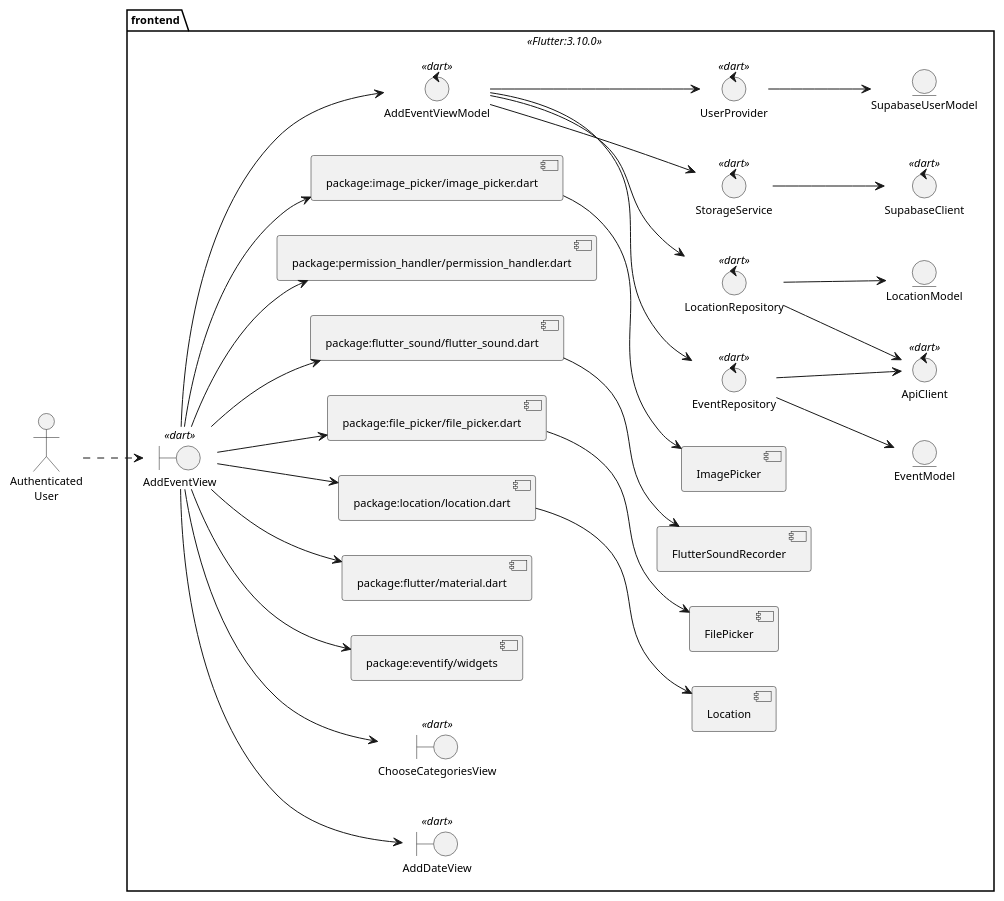
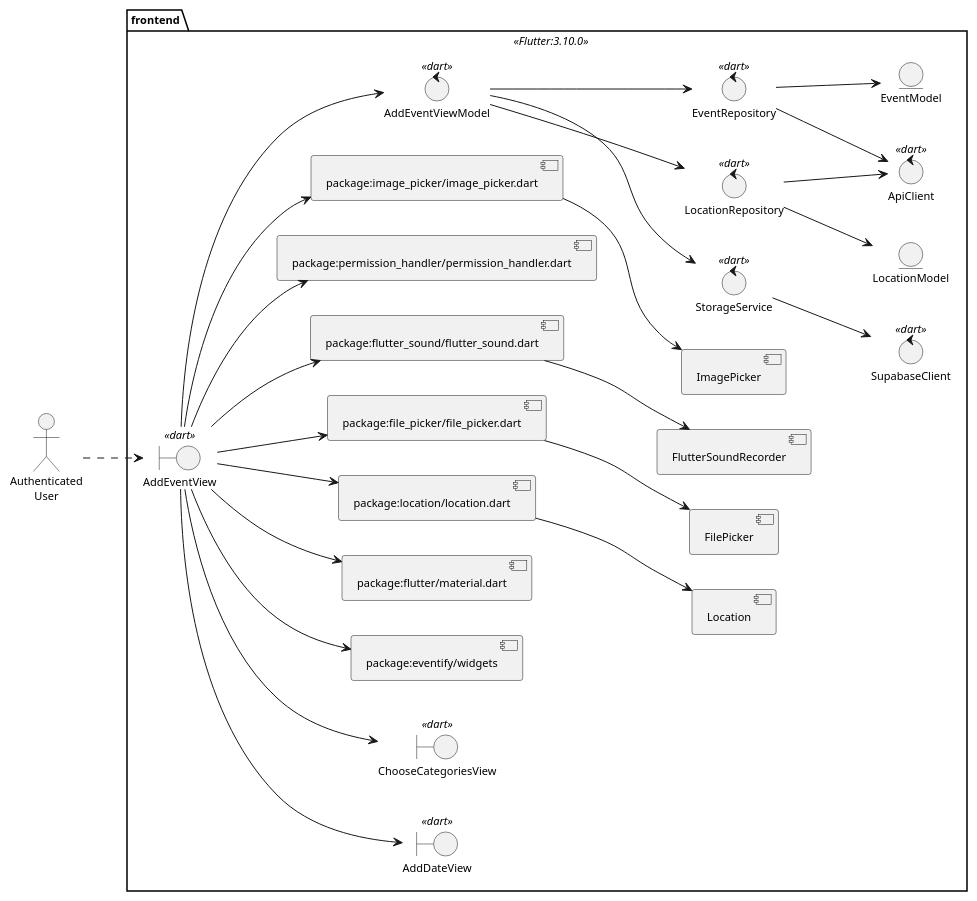
The diagram in Diseño/Flutter/UC 6 Diseño/DesignClassDiagram.plantuml (valeraruggierotesisucv/tesis-frameworks-mobile-diagrams), drawn with PlantUML before and after one commit. The commit also changed 5 other files, not shown here.

First line of the commit message:
Remove UserProvider and SupabaseUserModel references from design diagrams

```diff
--- a/Diseño/Flutter/UC 6 Diseño/DesignClassDiagram.plantuml
+++ b/Diseño/Flutter/UC 6 Diseño/DesignClassDiagram.plantuml
@@ -1,72 +1,68 @@
 @startuml DesignClassDiagram
 skinparam style strictuml
 skinparam defaultTextAlignment center
 skinparam defaultFontSize 11
 left to right direction
 actor "Authenticated\nUser" as UserReg
 
 
 package frontend <<Flutter:3.10.0>>{
     boundary "AddEventView" as addEventView << dart >>
     boundary "AddDateView" as addDateView << dart >>
     boundary "ChooseCategoriesView" as chooseCategoriesView << dart >>
 
     component "package:eventify/widgets" as widgets
     component "package:flutter/material.dart" as material
     component "package:location/location.dart" as locationPackage
     component "package:file_picker/file_picker.dart" as flutterFilePicker
     component "package:flutter_sound/flutter_sound.dart" as flutterSound
     component "package:permission_handler/permission_handler.dart" as permissionHandler
     component "package:image_picker/image_picker.dart" as flutterImagePicker
     component "Location" as location
     component "FilePicker" as filePicker
     component "FlutterSoundRecorder" as flutterSoundRecorder
     component "ImagePicker" as imagePicker
 
     control "EventRepository" as eventRepository << dart >>
     control "LocationRepository" as locationRepository << dart >>
     control "StorageService" as storageService << dart >>
-    control "UserProvider" as userProvider << dart >>
     control "ApiClient" as apiClient << dart >>
     control "SupabaseClient" as supabaseClient << dart >>
     control "AddEventViewModel" as addEventViewModel << dart >>
 
     entity "EventModel" as eventModel
     entity "LocationModel" as locationModel
-    entity "SupabaseUserModel" as supabaseUserModel
+
 }
 
 UserReg ..> addEventView
 
 addEventView --> addDateView
 addEventView --> chooseCategoriesView
 addEventView --> widgets
 addEventView --> material
 addEventView --> locationPackage
 addEventView --> flutterFilePicker
 addEventView --> flutterSound
 addEventView --> permissionHandler
 addEventView --> flutterImagePicker
 addEventView --> addEventViewModel
 
 addEventViewModel --> eventRepository
 addEventViewModel --> locationRepository
 addEventViewModel --> storageService
-addEventViewModel --> userProvider
 
 eventRepository --> apiClient
 eventRepository --> eventModel
 
 locationRepository --> apiClient
 locationRepository --> locationModel
 
 storageService --> supabaseClient
 
-userProvider --> supabaseUserModel
-
 locationPackage --> location
 flutterFilePicker --> filePicker
 flutterSound --> flutterSoundRecorder
 flutterImagePicker --> imagePicker
 
 @enduml
```
